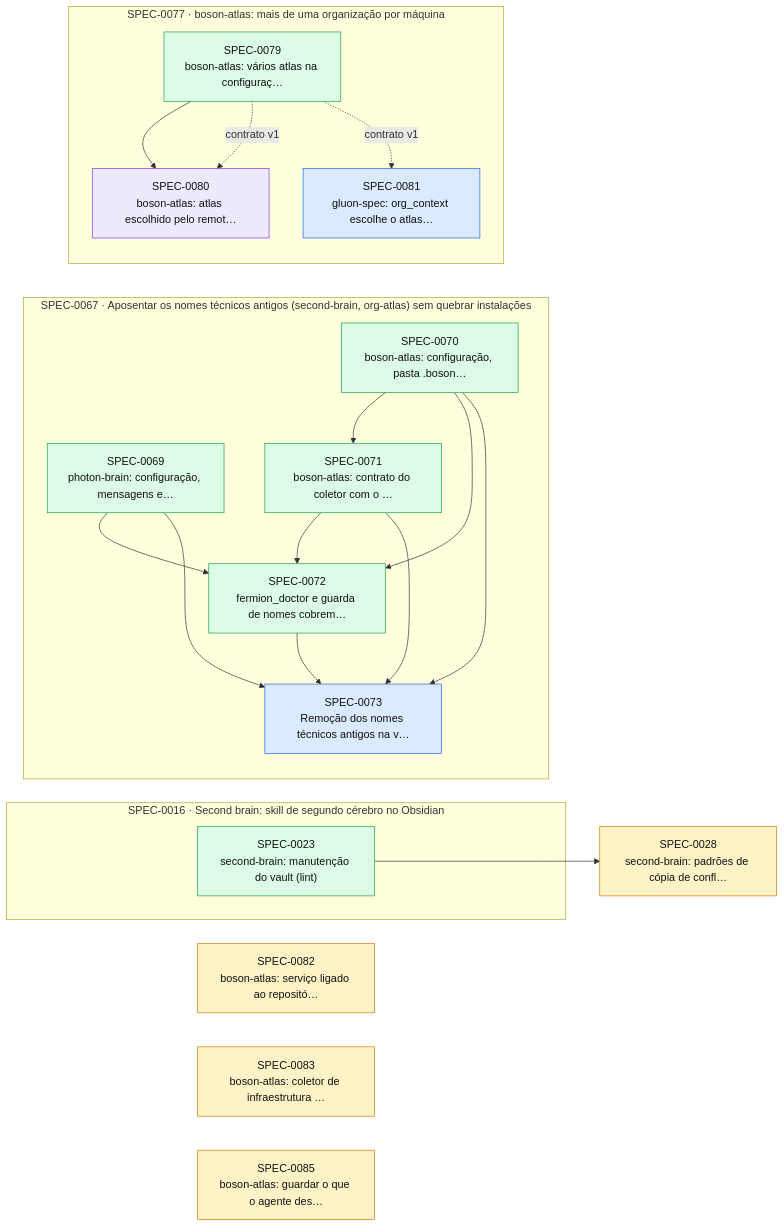
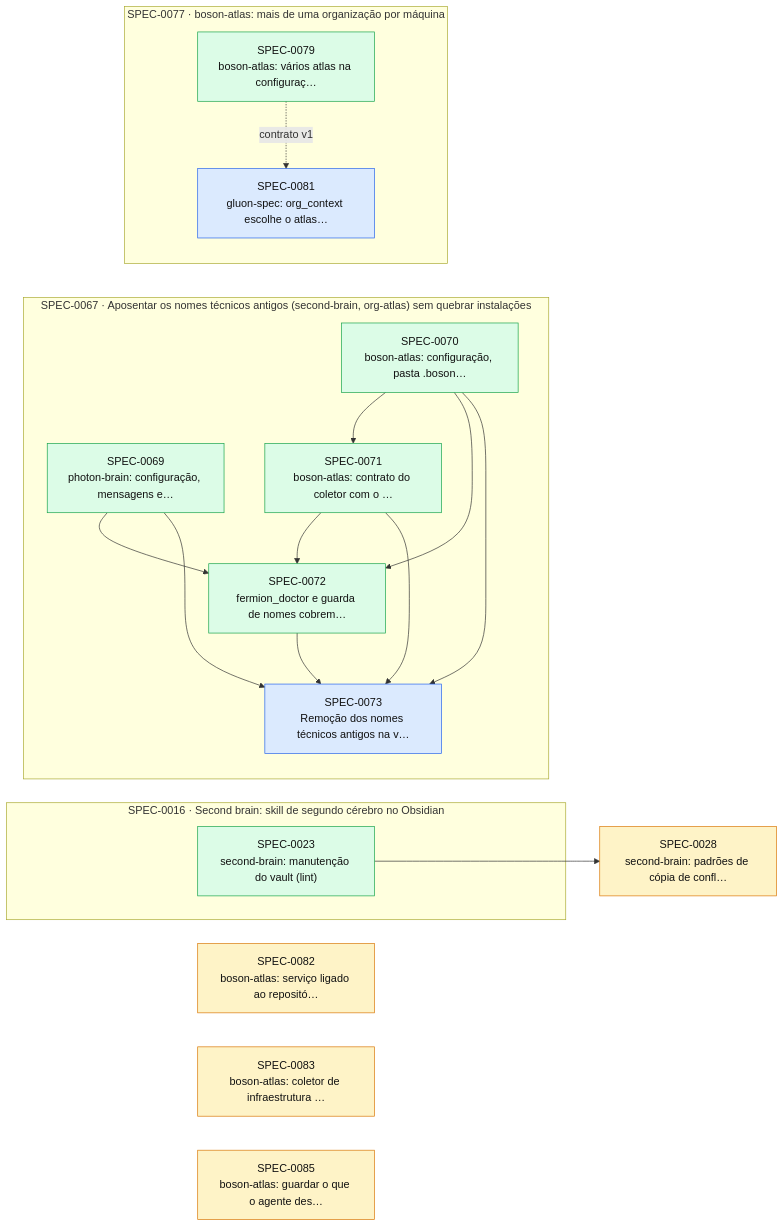
Before and after one commit to thomasravache/ai-dev-brain: the diagram in docs/specs/INDEX.md, drawn with Mermaid. The commit also changed other lines of this file and 1 other file, not shown here.

First line of the commit message:
docs(specs): G7 e fechamento da SPEC-0080

````diff
--- a/docs/specs/INDEX.md
+++ b/docs/specs/INDEX.md
@@ -66,39 +65,36 @@
 ```mermaid
 flowchart LR
   S0028["SPEC-0028<br/>second-brain: padrões de cópia de confl…"]:::proposed
   S0082["SPEC-0082<br/>boson-atlas: serviço ligado ao repositó…"]:::proposed
   S0083["SPEC-0083<br/>boson-atlas: coletor de infraestrutura …"]:::proposed
   S0085["SPEC-0085<br/>boson-atlas: guardar o que o agente des…"]:::proposed
   subgraph E0016["SPEC-0016 · Second brain: skill de segundo cérebro no Obsidian"]
     S0023["SPEC-0023<br/>second-brain: manutenção do vault (lint)"]:::implemented
   end
   subgraph E0067["SPEC-0067 · Aposentar os nomes técnicos antigos (second-brain, org-atlas) sem quebrar instalações"]
     S0069["SPEC-0069<br/>photon-brain: configuração, mensagens e…"]:::implemented
     S0070["SPEC-0070<br/>boson-atlas: configuração, pasta .boson…"]:::implemented
     S0071["SPEC-0071<br/>boson-atlas: contrato do coletor com o …"]:::implemented
     S0072["SPEC-0072<br/>fermion_doctor e guarda de nomes cobrem…"]:::implemented
     S0073["SPEC-0073<br/>Remoção dos nomes técnicos antigos na v…"]:::approved
   end
   subgraph E0077["SPEC-0077 · boson-atlas: mais de uma organização por máquina"]
     S0079["SPEC-0079<br/>boson-atlas: vários atlas na configuraç…"]:::implemented
-    S0080["SPEC-0080<br/>boson-atlas: atlas escolhido pelo remot…"]:::inprogress
     S0081["SPEC-0081<br/>gluon-spec: org_context escolhe o atlas…"]:::approved
   end
   S0023 --> S0028
   S0070 --> S0071
   S0069 --> S0072
   S0070 --> S0072
   S0071 --> S0072
   S0069 --> S0073
   S0070 --> S0073
   S0071 --> S0073
   S0072 --> S0073
-  S0079 --> S0080
-  S0079 -. contrato v1 .-> S0080
   S0079 -. contrato v1 .-> S0081
   classDef proposed fill:#fef3c7,stroke:#d97706,color:#111
   classDef approved fill:#dbeafe,stroke:#2563eb,color:#111
   classDef inprogress fill:#ede9fe,stroke:#7c3aed,color:#111
   classDef implemented fill:#dcfce7,stroke:#16a34a,color:#111
   classDef deprecated fill:#f3f4f6,stroke:#9ca3af,color:#6b7280
 ```
````
